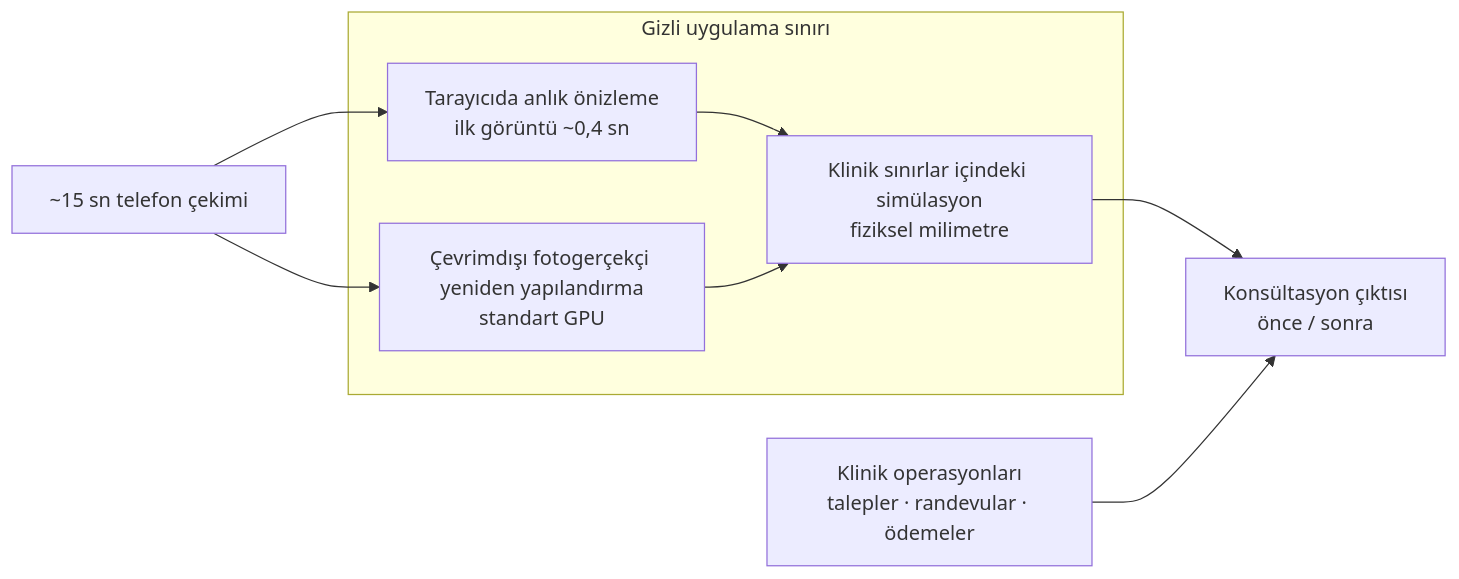
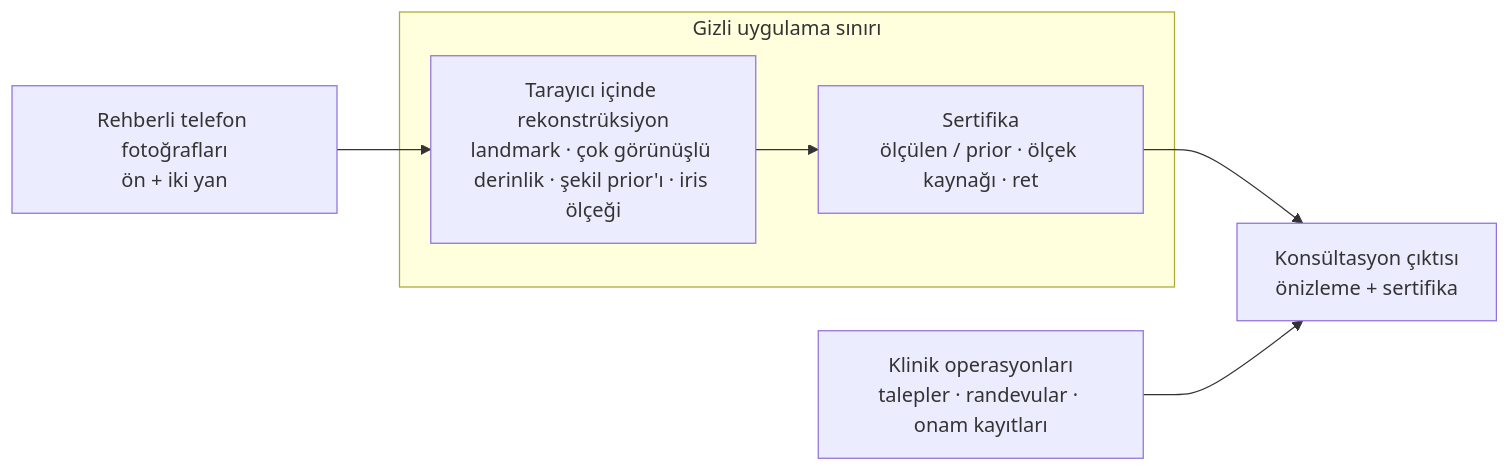
The diagram in projects/04-aura-photoreal-3d-clinic-platform/README.tr.md (hilberspace-dev/portfolio), drawn with Mermaid before and after one commit. The commit also changed other lines of this file and 3 other files, not shown here.

````diff
--- a/projects/04-aura-photoreal-3d-clinic-platform/README.tr.md
+++ b/projects/04-aura-photoreal-3d-clinic-platform/README.tr.md
@@ -46,19 +45,16 @@
 ```mermaid
 flowchart LR
-    A["~15 sn telefon çekimi"]
-    F["Klinik operasyonları<br/>talepler · randevular · ödemeler"]
-    E["Konsültasyon çıktısı<br/>önce / sonra"]
+    A["Rehberli telefon fotoğrafları<br/>ön + iki yan"]
+    F["Klinik operasyonları<br/>talepler · randevular · onam kayıtları"]
+    E["Konsültasyon çıktısı<br/>önizleme + sertifika"]
 
     subgraph C["Gizli uygulama sınırı"]
-        B["Tarayıcıda anlık önizleme<br/>ilk görüntü ~0,4 sn"]
-        C1["Çevrimdışı fotogerçekçi yeniden yapılandırma<br/>standart GPU"]
-        D["Klinik sınırlar içindeki simülasyon<br/>fiziksel milimetre"]
+        B["Tarayıcı içinde rekonstrüksiyon<br/>landmark · çok görünüşlü derinlik · şekil prior'ı · iris ölçeği"]
+        D["Sertifika<br/>ölçülen / prior · ölçek kaynağı · ret"]
         B --> D
-        C1 --> D
     end
 
     A --> B
-    A --> C1
     D --> E
     F --> E
 ```
````
